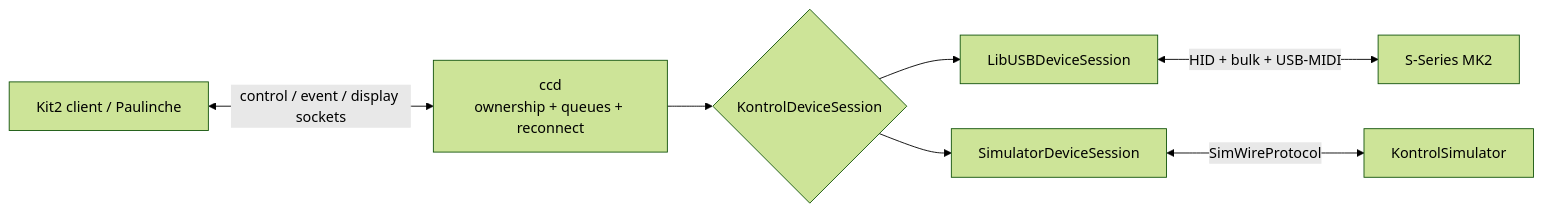
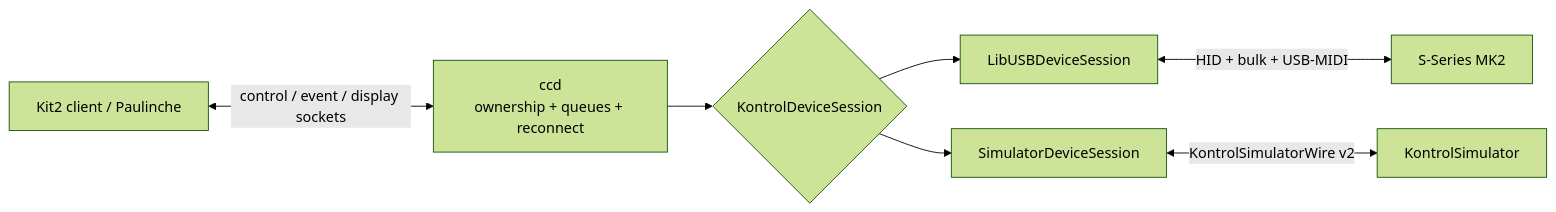
Before and after one commit to mickeyl/CompleteControl: the second of 2 diagrams in Docs/Komplete-Kontrol-Protocol-Guide.md, drawn with Mermaid (forest theme). The commit also changed other lines of this file and 66 other files, not shown here.

````diff
--- a/Docs/Komplete-Kontrol-Protocol-Guide.md
+++ b/Docs/Komplete-Kontrol-Protocol-Guide.md
@@ -848,17 +848,17 @@
 ```mermaid
 graph LR
     Client["Kit2 client / Paulinche"]
     Daemon["ccd<br/>ownership + queues + reconnect"]
     Session{"KontrolDeviceSession"}
     USB["LibUSBDeviceSession"]
     Sim["SimulatorDeviceSession"]
     Hardware["S-Series MK2"]
     Simulator["KontrolSimulator"]
 
     Client <-->|"control / event / display sockets"| Daemon
     Daemon --> Session
     Session --> USB
     Session --> Sim
     USB <-->|"HID + bulk + USB-MIDI"| Hardware
-    Sim <-->|"SimWireProtocol"| Simulator
+    Sim <-->|"KontrolSimulatorWire v2"| Simulator
 ```
````
